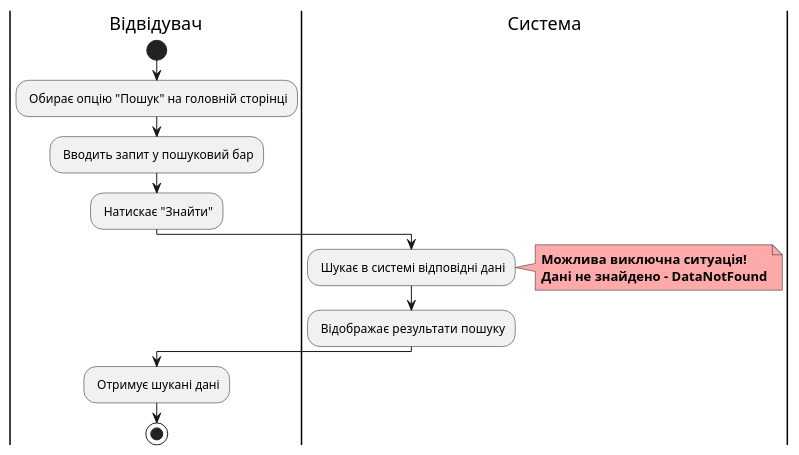
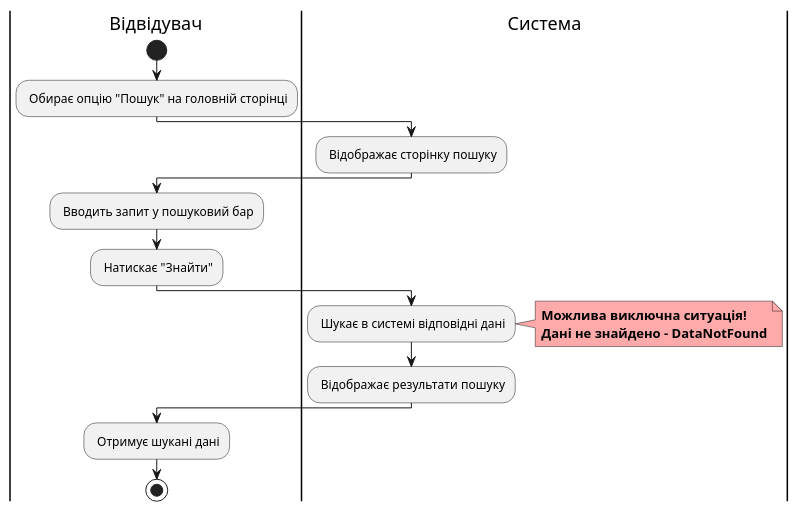
One commit to watashone/db-labs changed the fifth of 19 diagrams in docs/use cases/README.md. Above: the diagram before and after it, drawn with PlantUML. The commit also changed other lines of this file, not shown here.

```diff
--- a/docs/use cases/README.md
+++ b/docs/use cases/README.md
@@ -152,19 +152,22 @@
 @startuml
 
     |Відвідувач|
         start
         : Обирає опцію "Пошук" на головній сторінці;
+    |Система|
+        : Відображає сторінку пошуку;
+    |Відвідувач|
         : Вводить запит у пошуковий бар;
         : Натискає "Знайти";
     |Система|
         : Шукає в системі відповідні дані;
         note right #ffaaaa
         <b>Можлива виключна ситуація!
         <b>Дані не знайдено - DataNotFound
         end note
         : Відображає результати пошуку;
     |Відвідувач|
         : Отримує шукані дані;
         stop;
 
 @enduml
```
